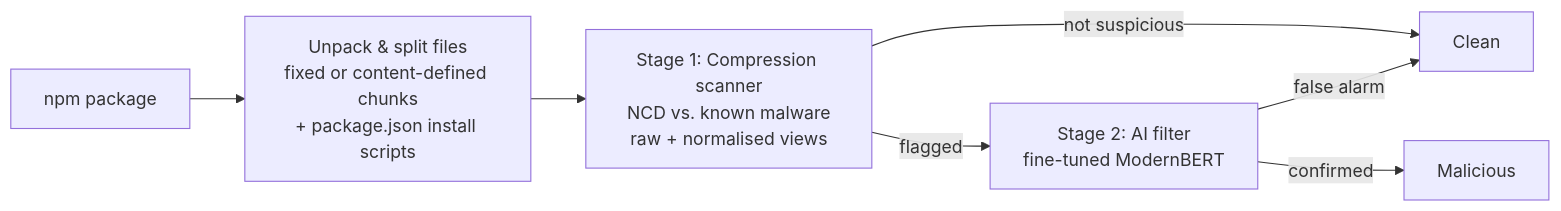
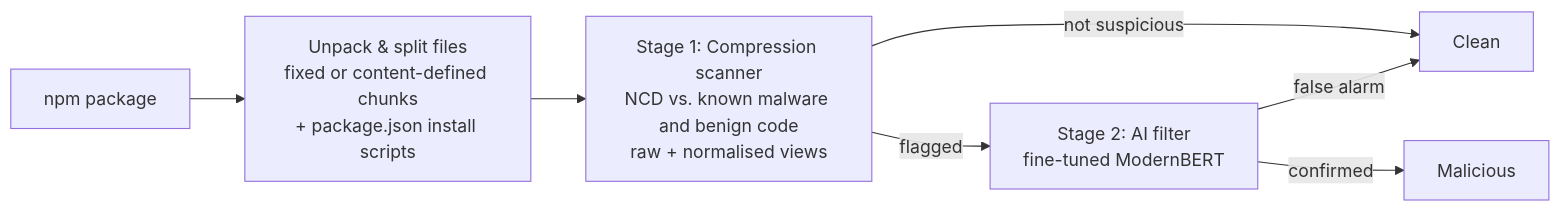
Before and after one commit to asembarhoush-dotcom/PackGuard: the diagram in README.md, drawn with Mermaid. The commit also changed other lines of this file and 30 other files, not shown here.

First line of the commit message:
Add v6 known mode: benign veto, payload files and repeat collapsing

````diff
--- a/README.md
+++ b/README.md
@@ -22,9 +22,9 @@
 ```mermaid
 flowchart LR
     A[npm package] --> B[Unpack & split files<br/>fixed or content-defined chunks<br/>+ package.json install scripts]
-    B --> C[Stage 1: Compression scanner<br/>NCD vs. known malware<br/>raw + normalised views]
+    B --> C[Stage 1: Compression scanner<br/>NCD vs. known malware and benign code<br/>raw + normalised views]
     C -->|not suspicious| D[Clean]
     C -->|flagged| E[Stage 2: AI filter<br/>fine-tuned ModernBERT]
     E -->|false alarm| D
     E -->|confirmed| F[Malicious]
 ```
````
